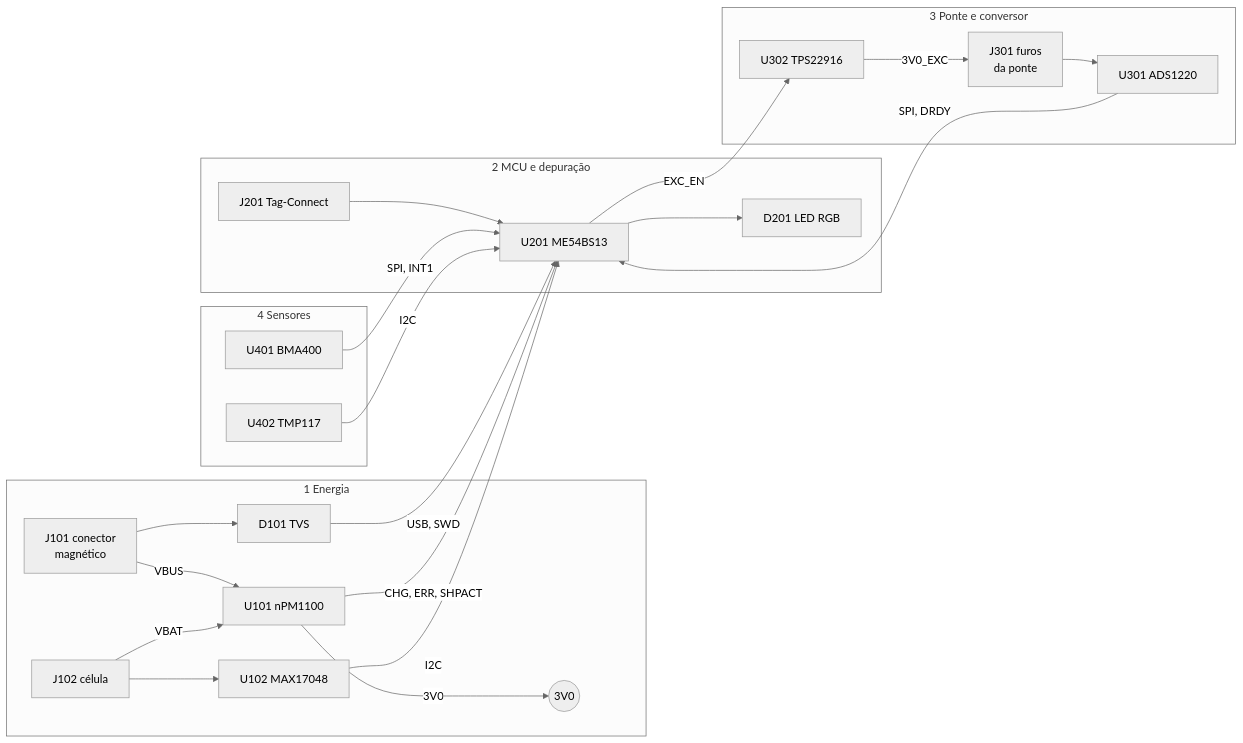
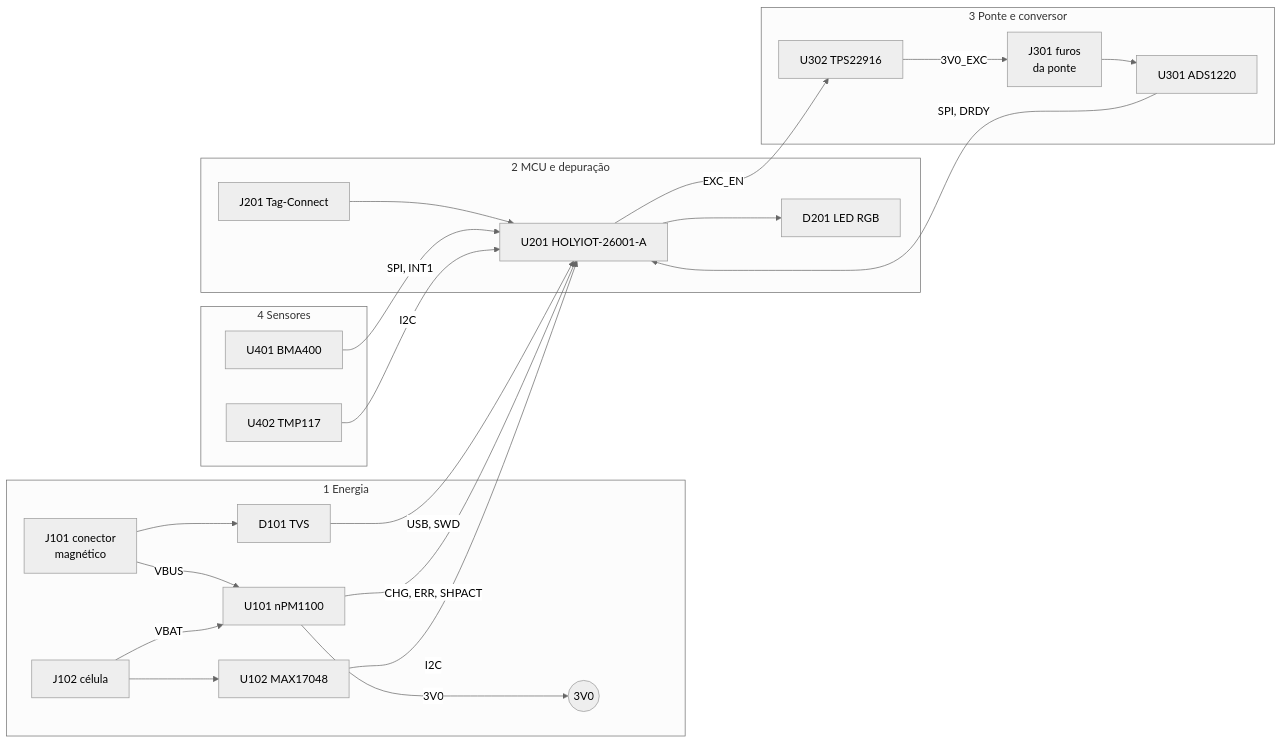
Before and after one commit to Guiimartinho/bike-powermeter: the first of 5 diagrams in hardware_powermeter/02-esquematico.md, drawn with Mermaid (neutral theme). The commit also changed other lines of this file and 14 other files, not shown here.

````diff
--- a/hardware_powermeter/02-esquematico.md
+++ b/hardware_powermeter/02-esquematico.md
@@ -42,30 +42,30 @@
 ```mermaid
 flowchart LR
     subgraph F1["1 Energia"]
         J101["J101 conector<br/>magnético"] --> D101["D101 TVS"]
         J101 -->|"VBUS"| U101["U101 nPM1100"]
         U101 -->|"3V0"| OUT1(("3V0"))
         J102["J102 célula"] -->|"VBAT"| U101
         J102 --> U102["U102 MAX17048"]
     end
     subgraph F2["2 MCU e depuração"]
-        U201["U201 ME54BS13"]
+        U201["U201 HOLYIOT-26001-A"]
         J201["J201 Tag-Connect"] --> U201
         U201 --> D201["D201 LED RGB"]
     end
     subgraph F3["3 Ponte e conversor"]
         J301["J301 furos<br/>da ponte"] --> U301["U301 ADS1220"]
         U302["U302 TPS22916"] -->|"3V0_EXC"| J301
     end
     subgraph F4["4 Sensores"]
         U401["U401 BMA400"]
         U402["U402 TMP117"]
     end
     D101 -->|"USB, SWD"| U201
     U101 -->|"CHG, ERR, SHPACT"| U201
     U102 -->|"I2C"| U201
     U301 -->|"SPI, DRDY"| U201
     U201 -->|"EXC_EN"| U302
     U401 -->|"SPI, INT1"| U201
     U402 -->|"I2C"| U201
 ```
````
